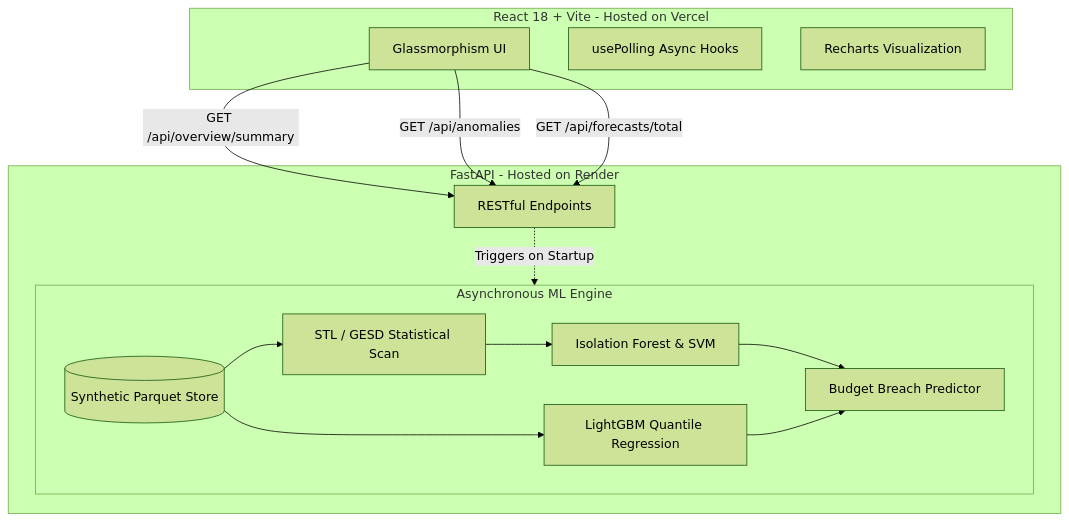
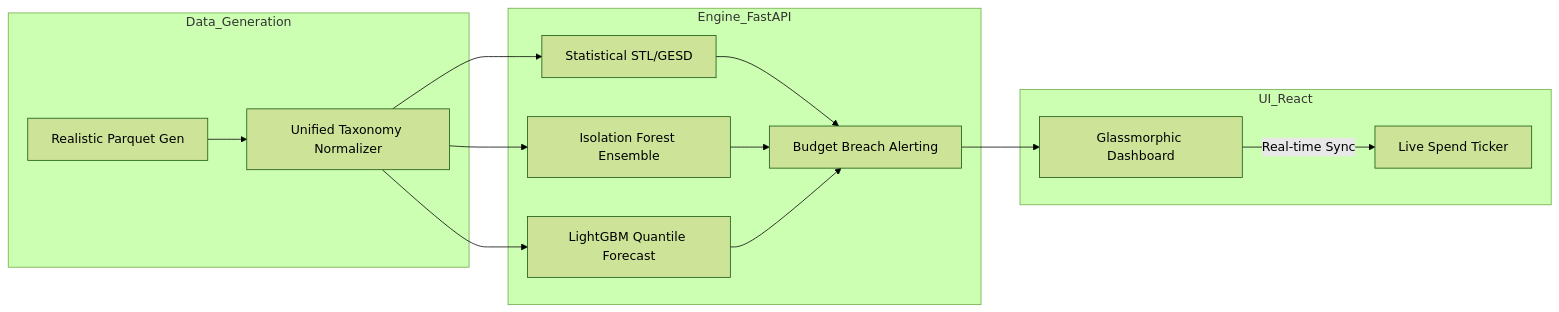
One commit to Tktirth/cloud-finops-intelligence changed the diagram in README.md. Above: the diagram before and after it, drawn with Mermaid (forest theme). The commit also changed other lines of this file, not shown here.

````diff
--- a/README.md
+++ b/README.md
@@ -23,31 +37,18 @@
 ```mermaid
-graph TD
-    subgraph Frontend [React 18 + Vite - Hosted on Vercel]
-        UI[Glassmorphism UI]
-        Hooks[usePolling Async Hooks]
-        Charts[Recharts Visualization]
+graph LR
+    subgraph Data_Generation
+        G[Realistic Parquet Gen] --> N[Unified Taxonomy Normalizer]
     end
-
-    subgraph Backend [FastAPI - Hosted on Render]
-        API[RESTful Endpoints]
-        
-        subgraph Pipeline [Asynchronous ML Engine]
-            Gen[(Synthetic Parquet Store)]
-            Stat[STL / GESD Statistical Scan]
-            ML[Isolation Forest & SVM]
-            Forecast[LightGBM Quantile Regression]
-            Alert[Budget Breach Predictor]
-        end
+    
+    subgraph Engine_FastAPI
+        N --> S[Statistical STL/GESD]
+        N --> M[Isolation Forest Ensemble]
+        N --> F[LightGBM Quantile Forecast]
+        S & M & F --> A[Budget Breach Alerting]
     end
-
-    UI --> |GET /api/overview/summary| API
-    UI --> |GET /api/anomalies| API
-    UI --> |GET /api/forecasts/total| API
     
-    API -.-> |Triggers on Startup| Pipeline
-    Gen --> Stat
-    Stat --> ML
-    ML --> Alert
-    Gen --> Forecast
-    Forecast --> Alert
+    subgraph UI_React
+        A --> U[Glassmorphic Dashboard]
+        U --> |Real-time Sync| T[Live Spend Ticker]
+    end
 ```
````
